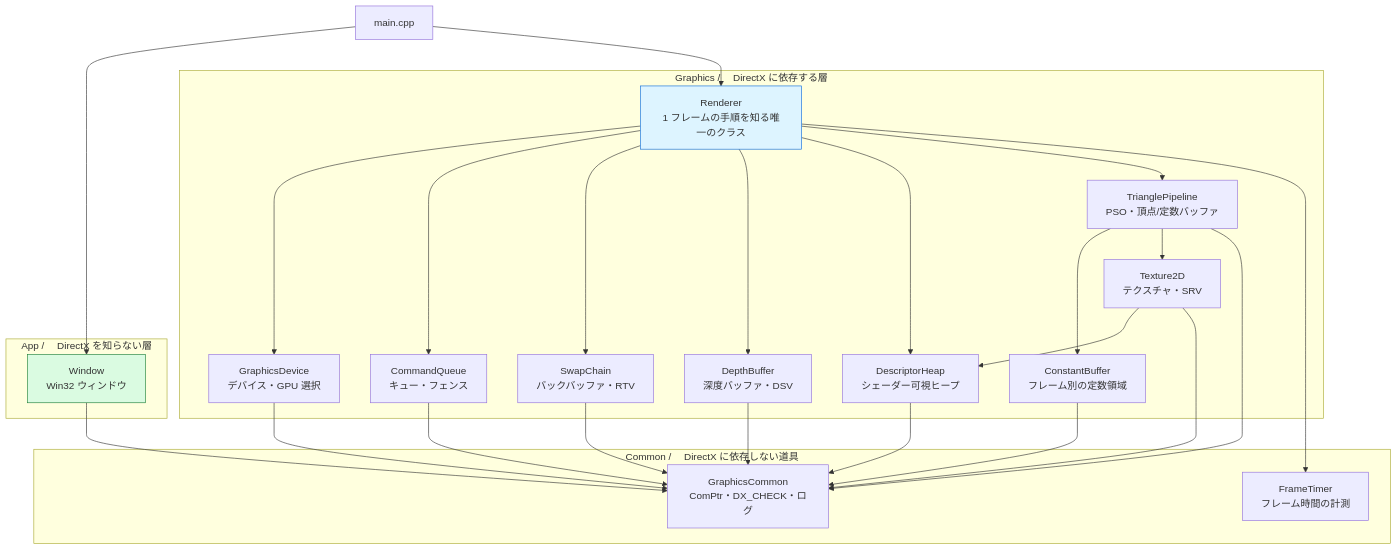
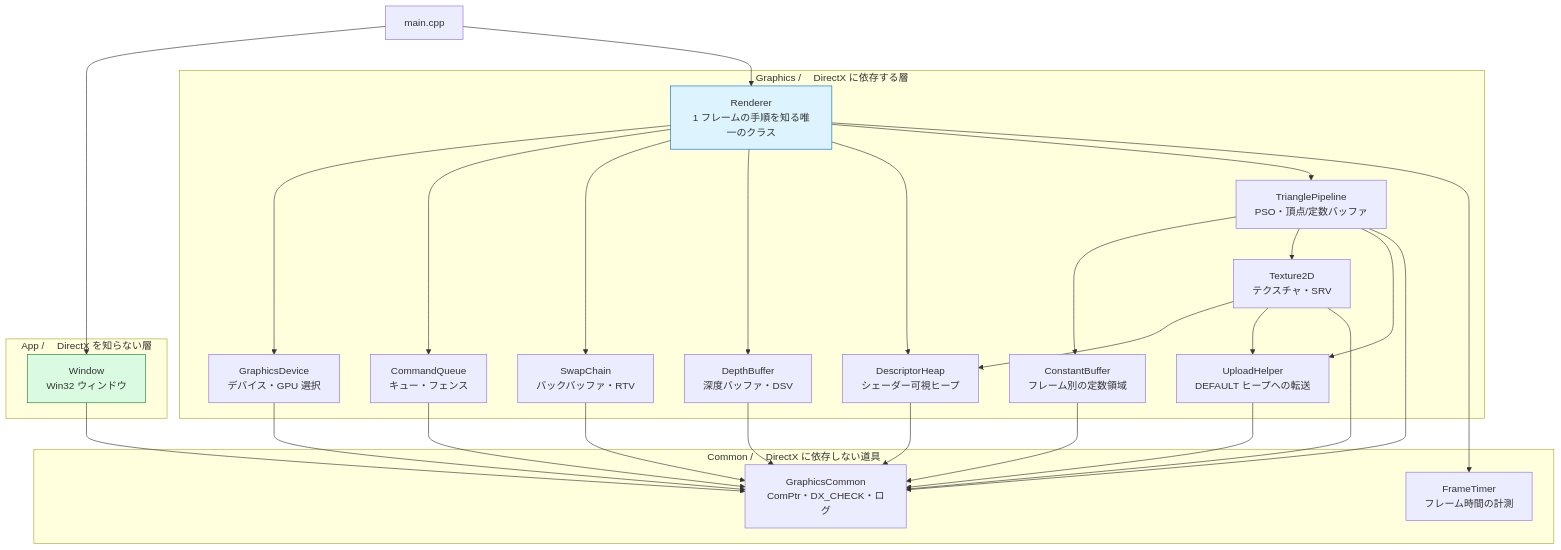
The diagram in docs/design/クラス設計.md (Tomonorarari-Think/DirectX12Dev), drawn with Mermaid before and after one commit. The commit also changed other lines of this file and 12 other files, not shown here.

````diff
--- a/docs/design/クラス設計.md
+++ b/docs/design/クラス設計.md
@@ -35,52 +36,56 @@
 ```mermaid
 flowchart TD
     Main["main.cpp"]
 
     subgraph APP["App / 　DirectX を知らない層"]
         Window["Window<br/>Win32 ウィンドウ"]
     end
 
     subgraph GFX["Graphics / 　DirectX に依存する層"]
         Renderer["Renderer<br/>1 フレームの手順を知る唯一のクラス"]
         Device["GraphicsDevice<br/>デバイス・GPU 選択"]
         Queue["CommandQueue<br/>キュー・フェンス"]
         Swap["SwapChain<br/>バックバッファ・RTV"]
         Depth["DepthBuffer<br/>深度バッファ・DSV"]
         Heap["DescriptorHeap<br/>シェーダー可視ヒープ"]
         Tex["Texture2D<br/>テクスチャ・SRV"]
+        Up["UploadHelper<br/>DEFAULT ヒープへの転送"]
         Pipe["TrianglePipeline<br/>PSO・頂点/定数バッファ"]
         CB["ConstantBuffer<br/>フレーム別の定数領域"]
     end
 
     subgraph COM["Common / 　DirectX に依存しない道具"]
         GC["GraphicsCommon<br/>ComPtr・DX_CHECK・ログ"]
         FT["FrameTimer<br/>フレーム時間の計測"]
     end
 
     Main --> Window
     Main --> Renderer
 
     Renderer --> Device
     Renderer --> Queue
     Renderer --> Swap
     Renderer --> Depth
     Renderer --> Heap
     Renderer --> Pipe
     Renderer --> FT
     Pipe --> CB
     Pipe --> Tex
+    Pipe --> Up
     Tex --> Heap
+    Tex --> Up
 
     Device --> GC
     Queue --> GC
     Swap --> GC
     Depth --> GC
     Pipe --> GC
     CB --> GC
     Heap --> GC
     Tex --> GC
+    Up --> GC
     Window --> GC
 
     style Renderer fill:#ddf4ff,stroke:#0969da
     style Window fill:#dafbe1,stroke:#1a7f37
 ```
````
